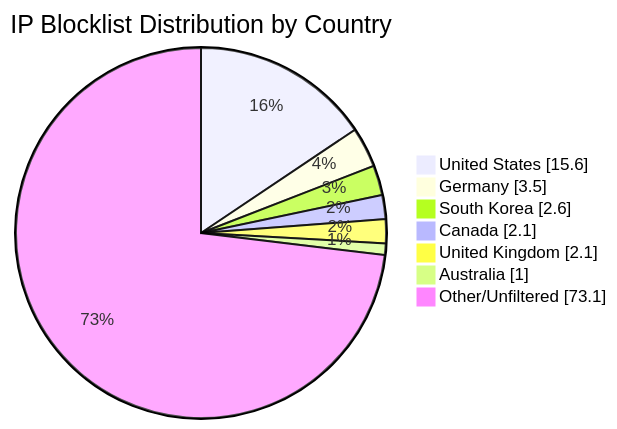
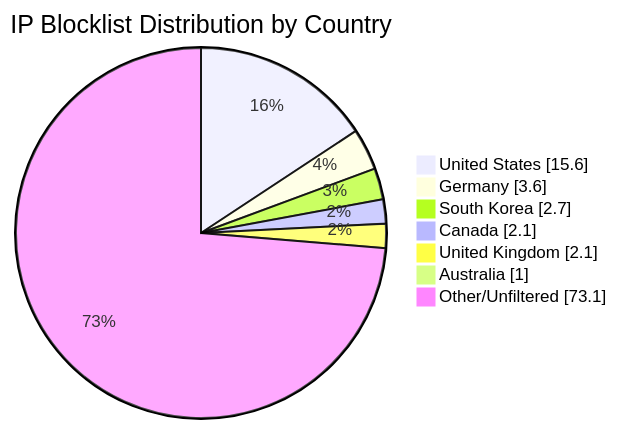
The diagram in README.md (MarcusHoltz/ipblocklist-geofiltered-aggregator), drawn with Mermaid before and after one commit. The commit also changed other lines of this file and 9 other files, not shown here.

````diff
--- a/README.md
+++ b/README.md
@@ -34,10 +34,10 @@
 ```mermaid
 pie showData title IP Blocklist Distribution by Country
 "United States" : 15.6
-"Germany" : 3.5
-"South Korea" : 2.6
+"Germany" : 3.6
+"South Korea" : 2.7
 "Canada" : 2.1
 "United Kingdom" : 2.1
 "Australia" : 1.0
 "Other/Unfiltered" : 73.1
 ```
````
